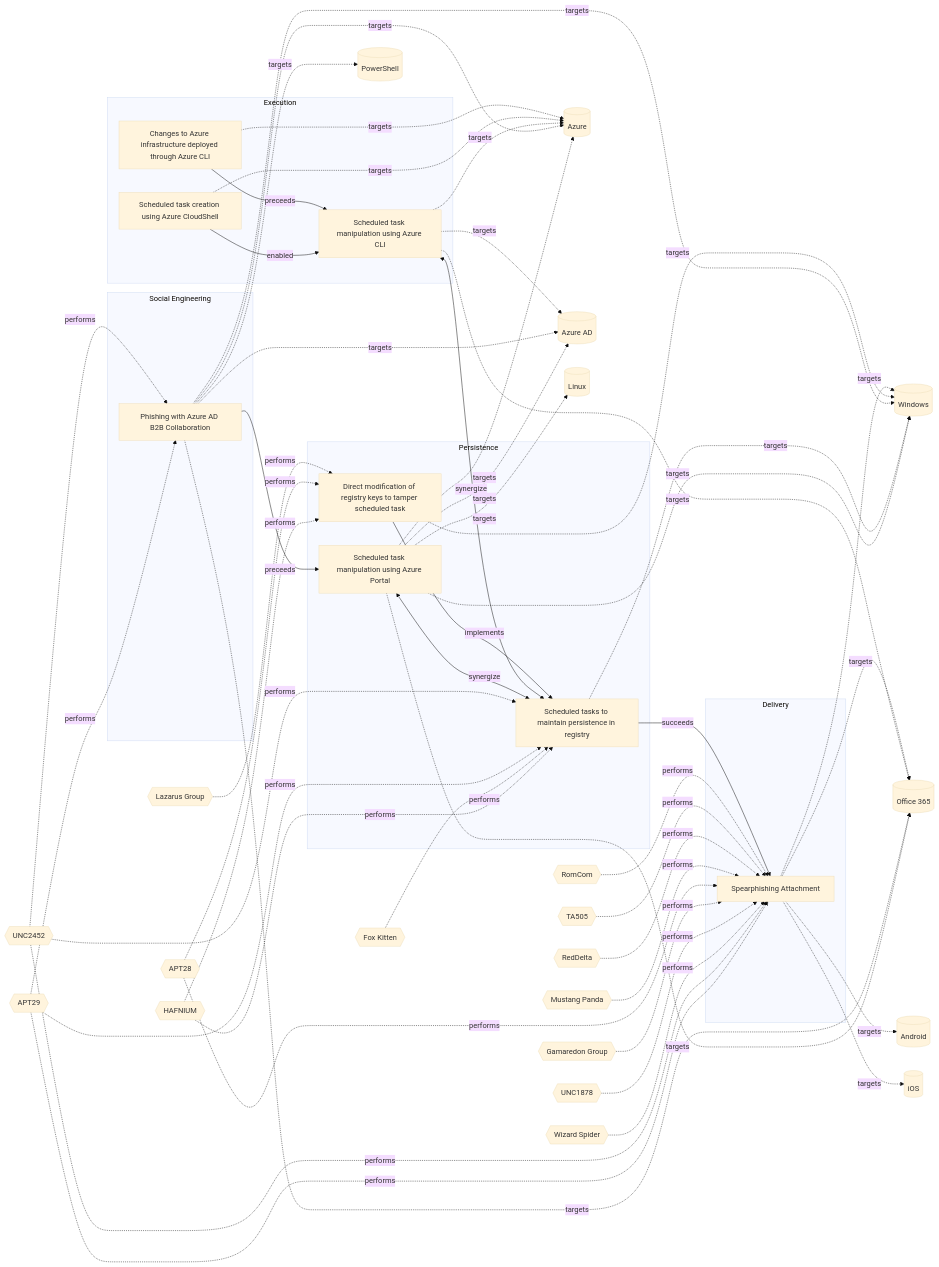
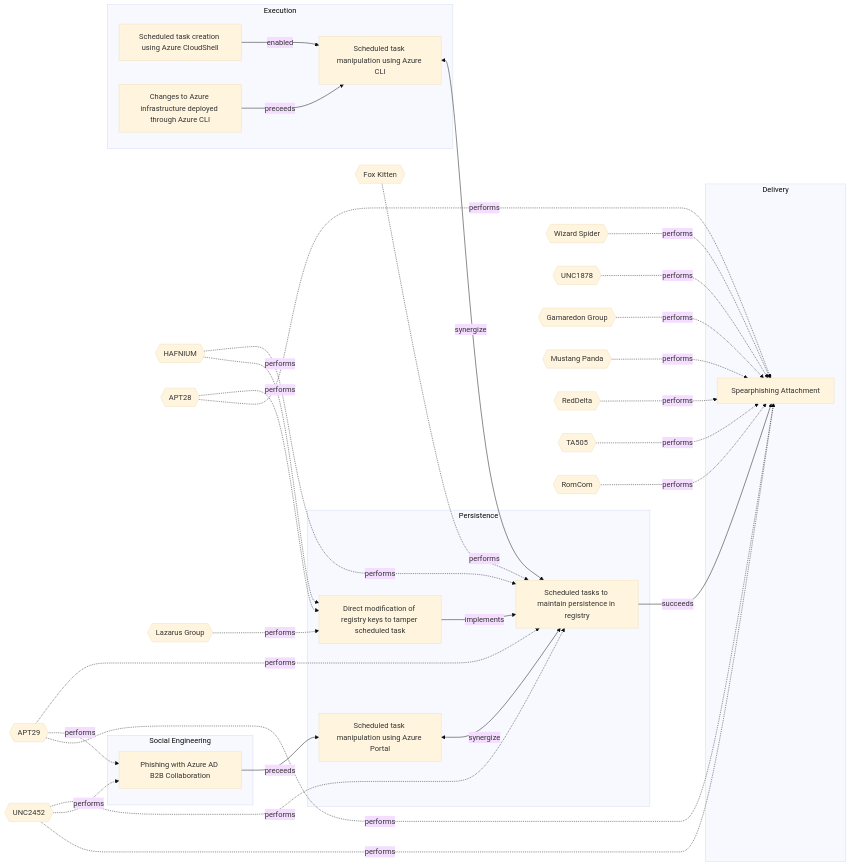
One commit to OpenTideHQ/WikiTide changed the diagram in Models/Threat Vectors/☣️ Scheduled tasks to maintain persistence in registry.md. Above: the diagram before and after it, drawn with Mermaid (base theme). The commit also changed other lines of this file and 232 other files, not shown here.

```diff
--- a/Models/Threat Vectors/☣️ Scheduled tasks to maintain persistence in registry.md
+++ b/Models/Threat Vectors/☣️ Scheduled tasks to maintain persistence in registry.md
@@ -147,14 +147,6 @@
 dd5d942c-bac4-4000-b9a6-ca4fef6cfb84
 end
 
-Azure[(Azure)]
-AzureAD[(Azure AD)]
-Office365[(Office 365)]
-Windows[(Windows)]
-Linux[(Linux)]
-PowerShell[(PowerShell)]
-Android[(Android)]
-iOS[(iOS)]
 HAFNIUM{{HAFNIUM}}
 FoxKitten{{Fox Kitten}}
 APT29{{APT29}}
@@ -169,27 +161,6 @@
 TA505{{TA505}}
 RomCom{{RomCom}}
 
-437a43b9-6344-45a9-915b-d733d23173ae -.->|targets| Azure
-437a43b9-6344-45a9-915b-d733d23173ae -.->|targets| AzureAD
-437a43b9-6344-45a9-915b-d733d23173ae -.->|targets| Office365
-437a43b9-6344-45a9-915b-d733d23173ae -.->|targets| Windows
-437a43b9-6344-45a9-915b-d733d23173ae -.->|targets| Linux
-5e66f826-4c4b-4357-b9c5-2f40da207f34 -.->|targets| Windows
-f9a6f927-d08c-40c1-85af-01331c471def -.->|targets| Windows
-f9a6f927-d08c-40c1-85af-01331c471def -.->|targets| Office365
-f9a6f927-d08c-40c1-85af-01331c471def -.->|targets| AzureAD
-f9a6f927-d08c-40c1-85af-01331c471def -.->|targets| Azure
-f9a6f927-d08c-40c1-85af-01331c471def -.->|targets| PowerShell
-edfe43fd-4a92-4f2d-a733-40e235be1b25 -.->|targets| Azure
-edfe43fd-4a92-4f2d-a733-40e235be1b25 -.->|targets| AzureAD
-edfe43fd-4a92-4f2d-a733-40e235be1b25 -.->|targets| Office365
-670504aa-cfb8-4d1f-a5ad-16193822085f -.->|targets| Azure
-60c5b065-7d06-4697-850f-c2f80765f10b -.->|targets| Azure
-efe13bd7-c621-423b-b226-9b536766a252 -.->|targets| Windows
-dd5d942c-bac4-4000-b9a6-ca4fef6cfb84 -.->|targets| Windows
-dd5d942c-bac4-4000-b9a6-ca4fef6cfb84 -.->|targets| Office365
-dd5d942c-bac4-4000-b9a6-ca4fef6cfb84 -.->|targets| Android
-dd5d942c-bac4-4000-b9a6-ca4fef6cfb84 -.->|targets| iOS
 HAFNIUM -.-> |performs| 5e66f826-4c4b-4357-b9c5-2f40da207f34
 FoxKitten -.-> |performs| 5e66f826-4c4b-4357-b9c5-2f40da207f34
 APT29 -.-> |performs| 5e66f826-4c4b-4357-b9c5-2f40da207f34
```
